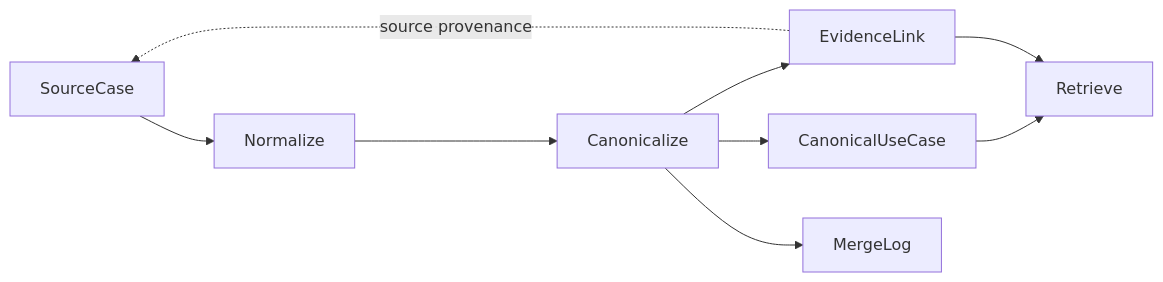
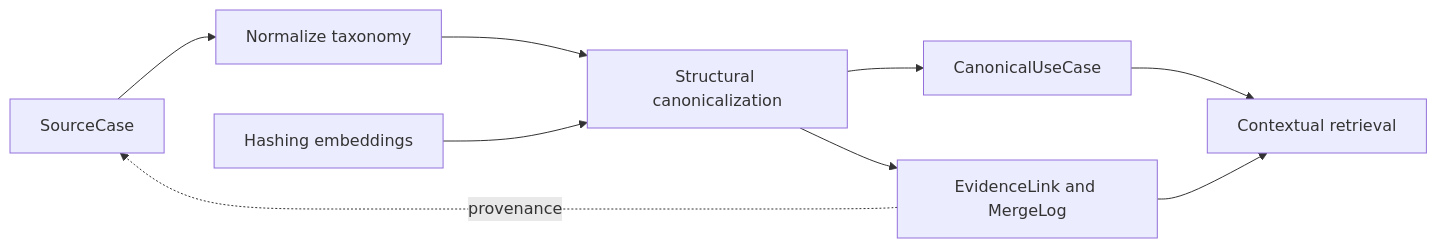
One commit to YongjunJeong/semantic-marketing-kb changed the diagram in README.md. Above: the diagram before and after it, drawn with Mermaid. The commit also changed other lines of this file and 4 other files, not shown here.

````diff
--- a/README.md
+++ b/README.md
@@ -11,11 +25,11 @@
 ```mermaid
 flowchart LR
-    S[SourceCase] --> N[Normalize]
-    N --> C[Canonicalize]
+    S[SourceCase] --> N[Normalize taxonomy]
+    N --> C[Structural canonicalization]
+    E[Hashing embeddings] --> C
     C --> U[CanonicalUseCase]
-    C --> E[EvidenceLink]
-    U --> R[Retrieve]
-    E --> R
-    E -. source provenance .-> S
-    C --> L[MergeLog]
+    C --> L[EvidenceLink and MergeLog]
+    U --> R[Contextual retrieval]
+    L --> R
+    L -. provenance .-> S
 ```
````
